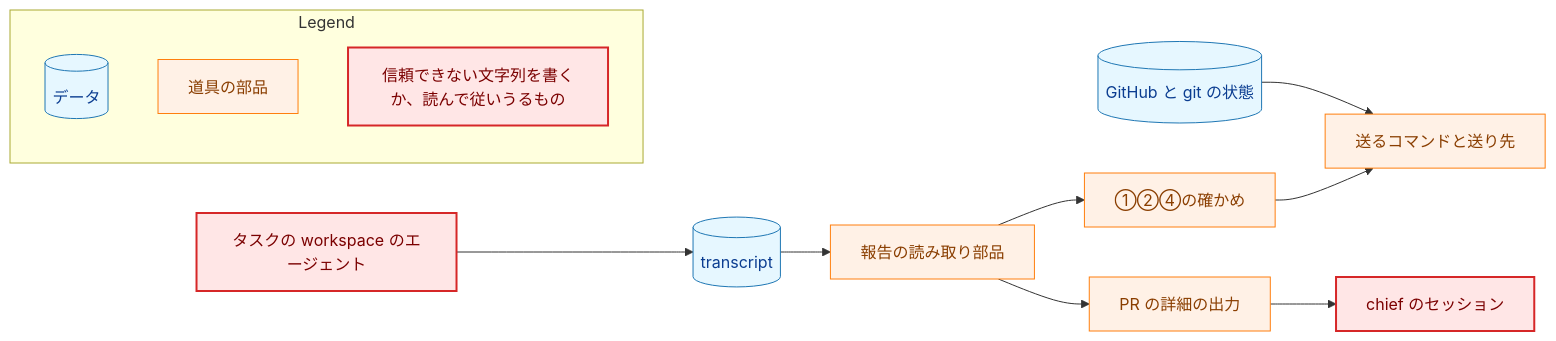
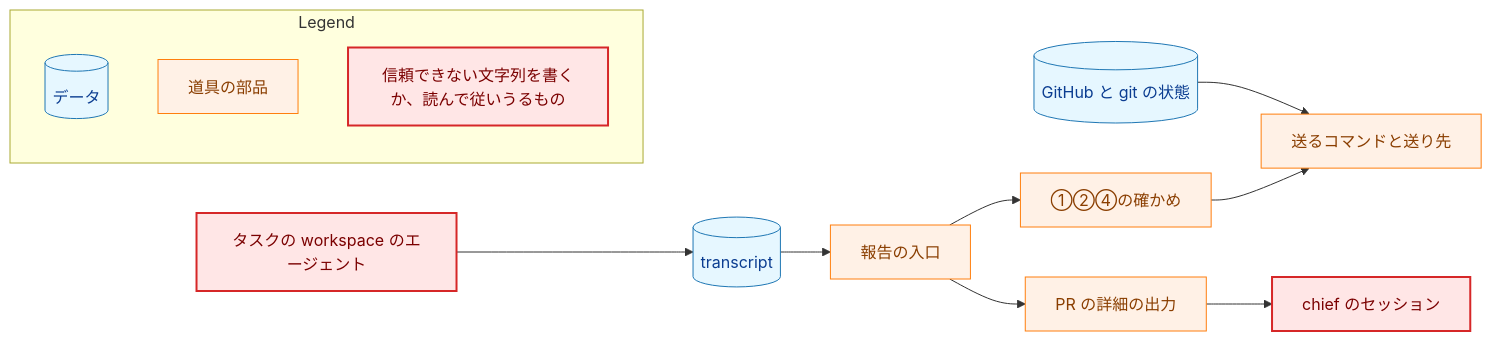
The fourth of 8 diagrams in docs/tasks/0095_chief_transcript_report/02_architecture.md (isseis/yt2column), drawn with Mermaid before and after one commit. The commit also changed other lines of this file and 2 other files, not shown here.

````diff
--- a/docs/tasks/0095_chief_transcript_report/02_architecture.md
+++ b/docs/tasks/0095_chief_transcript_report/02_architecture.md
@@ -444,36 +594,36 @@
 ```mermaid
 flowchart LR
     classDef data fill:#e6f7ff,stroke:#1f77b4,stroke-width:1px,color:#0b3d91;
     classDef process fill:#fff1e6,stroke:#ff7f0e,stroke-width:1px,color:#8a3e00;
     classDef problem fill:#ffe6e6,stroke:#d62728,stroke-width:2px,color:#7b0000;
 
     AGENT["タスクの workspace のエージェント"]
     TR[("transcript")]
-    READ["報告の読み取り部品"]
+    READ["報告の入口"]
     CHECK["①②④の確かめ"]
     SHOW["PR の詳細の出力"]
     SESSION["chief のセッション"]
     GH[("GitHub と git の状態")]
     SEND["送るコマンドと送り先"]
 
     AGENT --> TR
     TR --> READ
     READ --> CHECK
     READ --> SHOW
     SHOW --> SESSION
     GH --> SEND
     CHECK --> SEND
 
     class TR,GH data
     class READ,CHECK,SHOW,SEND process
     class AGENT,SESSION problem
 
     subgraph Legend["Legend"]
         L1[("データ")]
         L2["道具の部品"]
         L3["信頼できない文字列を書くか、読んで従いうるもの"]
     end
     class L1 data
     class L2 process
     class L3 problem
 ```
````
